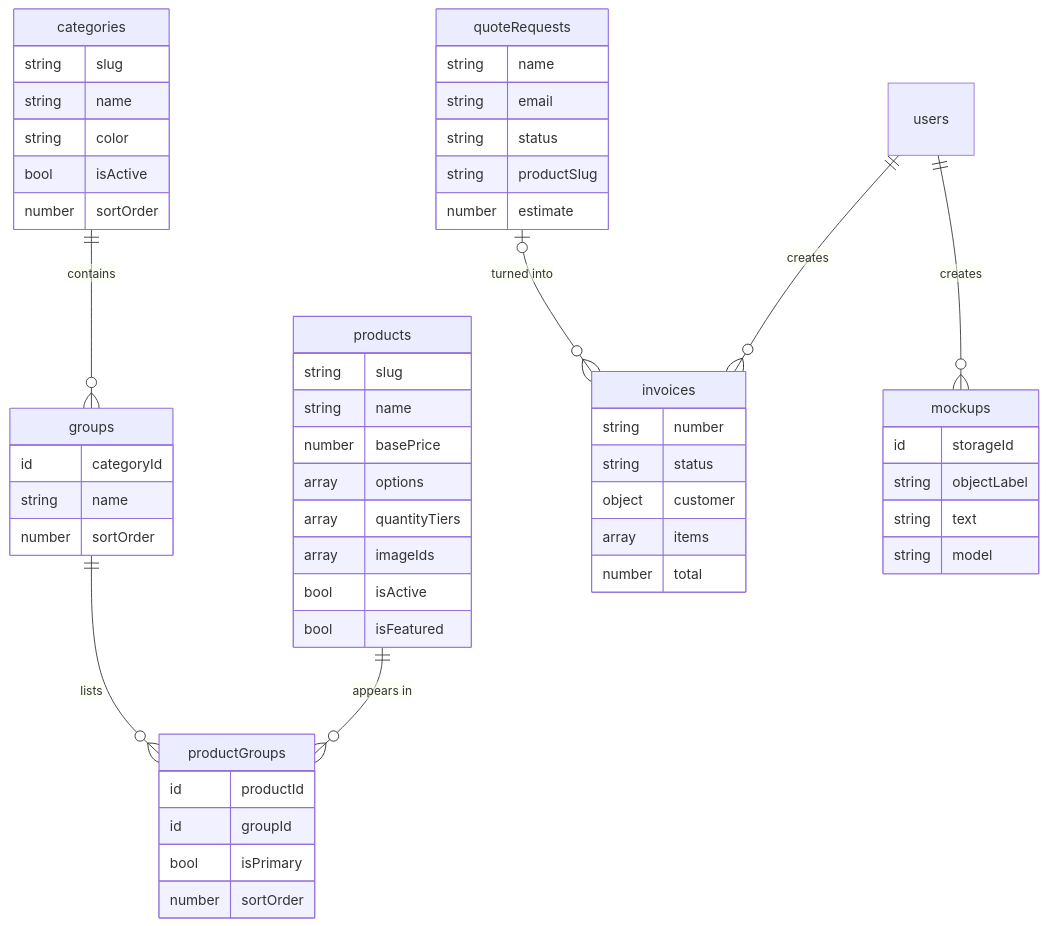
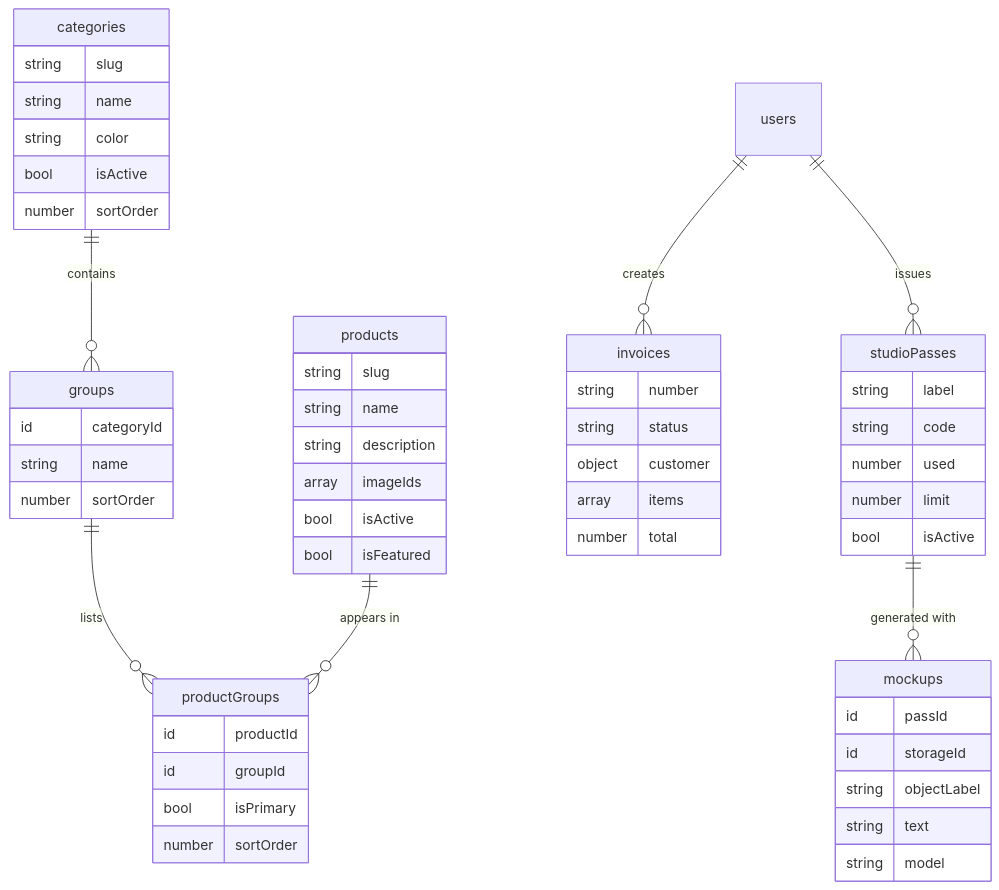
Before and after one commit to Tms119/Dar-Al-Najah-Advertising: the second of 2 diagrams in README.md, drawn with Mermaid. The commit also changed other lines of this file and 43 other files, not shown here.

First line of the commit message:
Standalone Mockup Studio with access passes; WhatsApp only; no online pricing

````diff
--- a/README.md
+++ b/README.md
@@ -136,17 +141,17 @@
 ```mermaid
 erDiagram
     categories ||--o{ groups : contains
     groups ||--o{ productGroups : lists
     products ||--o{ productGroups : "appears in"
-    quoteRequests |o--o{ invoices : "turned into"
     users ||--o{ invoices : creates
-    users ||--o{ mockups : creates
+    users ||--o{ studioPasses : issues
+    studioPasses ||--o{ mockups : "generated with"
 
     categories { string slug string name string color bool isActive number sortOrder }
     groups { id categoryId string name number sortOrder }
-    products { string slug string name number basePrice array options array quantityTiers array imageIds bool isActive bool isFeatured }
+    products { string slug string name string description array imageIds bool isActive bool isFeatured }
     productGroups { id productId id groupId bool isPrimary number sortOrder }
-    quoteRequests { string name string email string status string productSlug number estimate }
+    studioPasses { string label string code number used number limit bool isActive }
     invoices { string number string status object customer array items number total }
-    mockups { id storageId string objectLabel string text string model }
+    mockups { id passId id storageId string objectLabel string text string model }
 ```
````
